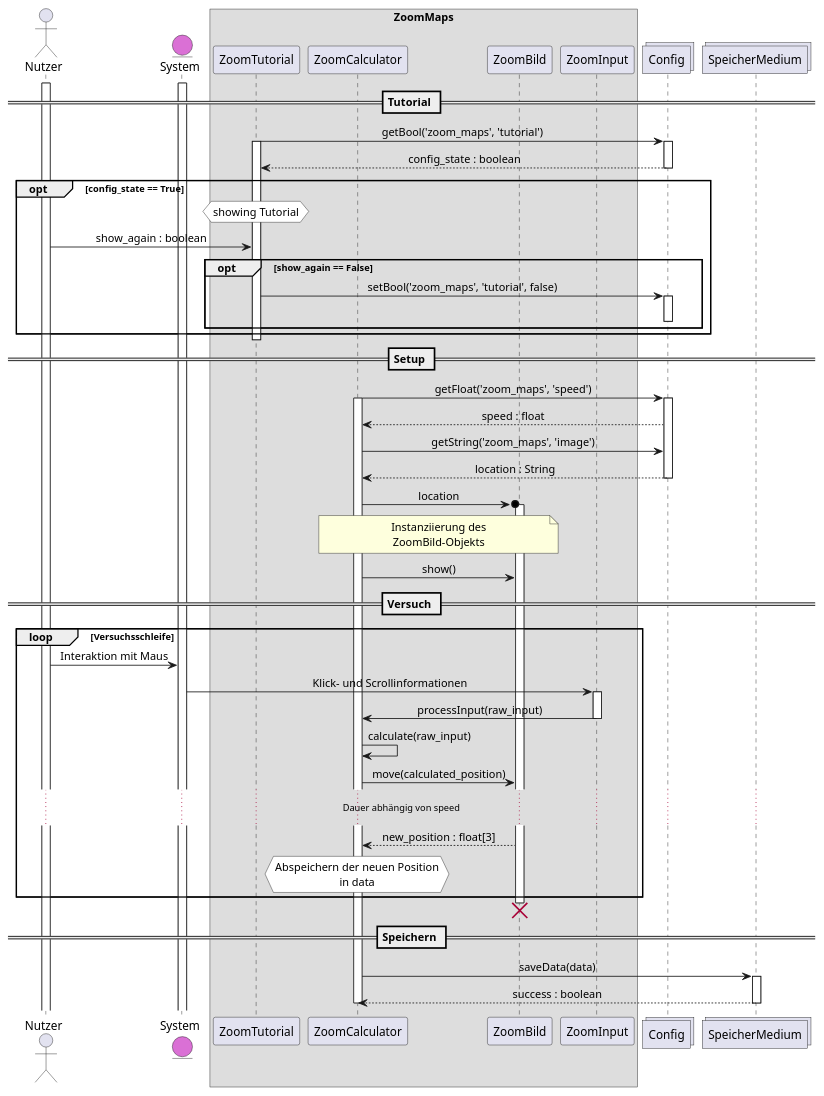
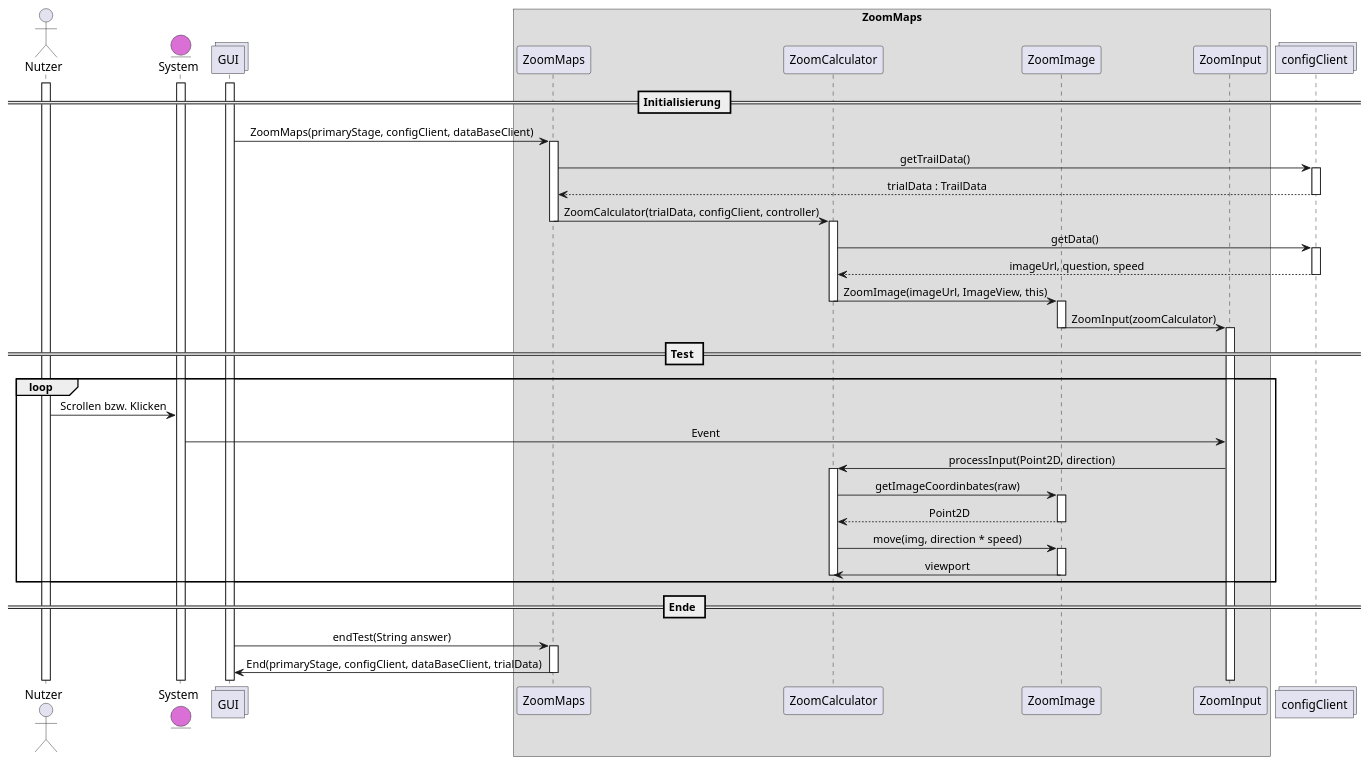
The diagram in uml-sequence/zoommaps/sequenz-zoommaps.puml (weichware-10/dokumente), drawn with PlantUML before and after one commit.

Commit message:
[docs]zoommaps überarbietet

```diff
--- a/uml-sequence/zoommaps/sequenz-zoommaps.puml
+++ b/uml-sequence/zoommaps/sequenz-zoommaps.puml
@@ -1,77 +1,69 @@
 @startuml zoommaps
 skinparam defaultTextAlignment center
 
 
 actor       Nutzer          as n
 entity      System          as s    #DA70D5
+collections GUI             as g
 
 box ZoomMaps
-participant ZoomTutorial    as zt
+
+participant ZoomMaps        as zm
 participant ZoomCalculator  as zc
-participant ZoomBild        as zb
+participant ZoomImage       as zb
 participant ZoomInput       as zi
 end box
 
-collections Config          as c
-collections SpeicherMedium  as sm
+collections configClient          as c
 
 activate n
 activate s
+activate g
 
-== Tutorial ==
-zt -> c : getBool('zoom_maps', 'tutorial')
-activate zt
+== Initialisierung ==
+g -> zm : ZoomMaps(primaryStage, configClient, dataBaseClient)
+activate zm
+zm -> c : getTrailData()
 activate c
-c --> zt : config_state : boolean
+c --> zm : trialData : TrailData
 deactivate c
 
-opt config_state == True
-    hnote over zt #FFFFFF: showing Tutorial
-    n -> zt : show_again : boolean
-    opt show_again == False
-        zt -> c : setBool('zoom_maps', 'tutorial', false)
-        activate c
-        deactivate c
-    end
+zm -> zc : ZoomCalculator(trialData, configClient, controller)
+deactivate zm
+activate zc
+zc -> c : getData()
+activate c
+c --> zc : imageUrl, question, speed
+deactivate c
+zc -> zb : ZoomImage(imageUrl, ImageView, this)
+deactivate zc
+activate zb
+zb -> zi : ZoomInput(zoomCalculator)
+deactivate zb
+activate zi
+
+== Test ==
+loop
+    n -> s : Scrollen bzw. Klicken
+    s -> zi : Event
+    zi -> zc : processInput(Point2D, direction)
+    activate zc
+    zc -> zb : getImageCoordinbates(raw)
+    activate zb
+    zb --> zc : Point2D
+    deactivate zb
+    zc -> zb : move(img, direction * speed)
+    activate zb
+    zb -> zc : viewport
+    deactivate zb
+    deactivate zc
+
 end
 
-deactivate zt
-
-== Setup ==
-zc -> c : getFloat('zoom_maps', 'speed')
-activate zc
-activate c
-c --> zc : speed : float
-zc -> c : getString('zoom_maps', 'image')
-c --> zc : location : String
-deactivate c
-
-zc ->o zb : location
-activate zb
-note over zc, zb : Instanziierung des\nZoomBild-Objekts
-zc -> zb : show()
-
-== Versuch ==
-loop Versuchsschleife
-    n -> s : Interaktion mit Maus
-    s -> zi : Klick- und Scrollinformationen
-    activate zi
-    zi -> zc : processInput(raw_input)
-    deactivate zi
-    zc -> zc : calculate(raw_input)
-    zc -> zb : move(calculated_position)
-    ... Dauer abhängig von speed ...
-    zb --> zc : new_position : float[3]
-    hnote over zc #FFFFFF: Abspeichern der neuen Position\nin data
-end
-destroy zb
-
-
-== Speichern ==
-zc -> sm : saveData(data)
-activate sm
-sm --> zc : success : boolean
-deactivate sm
-deactivate zc
+== Ende == 
+g -> zm : endTest(String answer)
+activate zm
+zm -> g : End(primaryStage, configClient, dataBaseClient, trialData)
+deactivate zm
 
 @enduml
```
